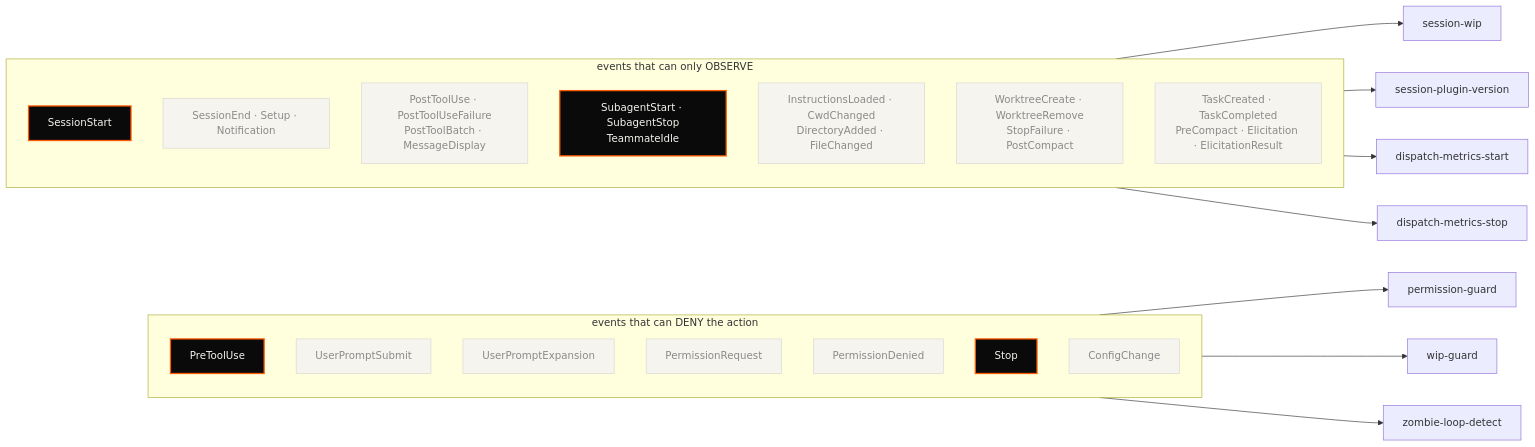
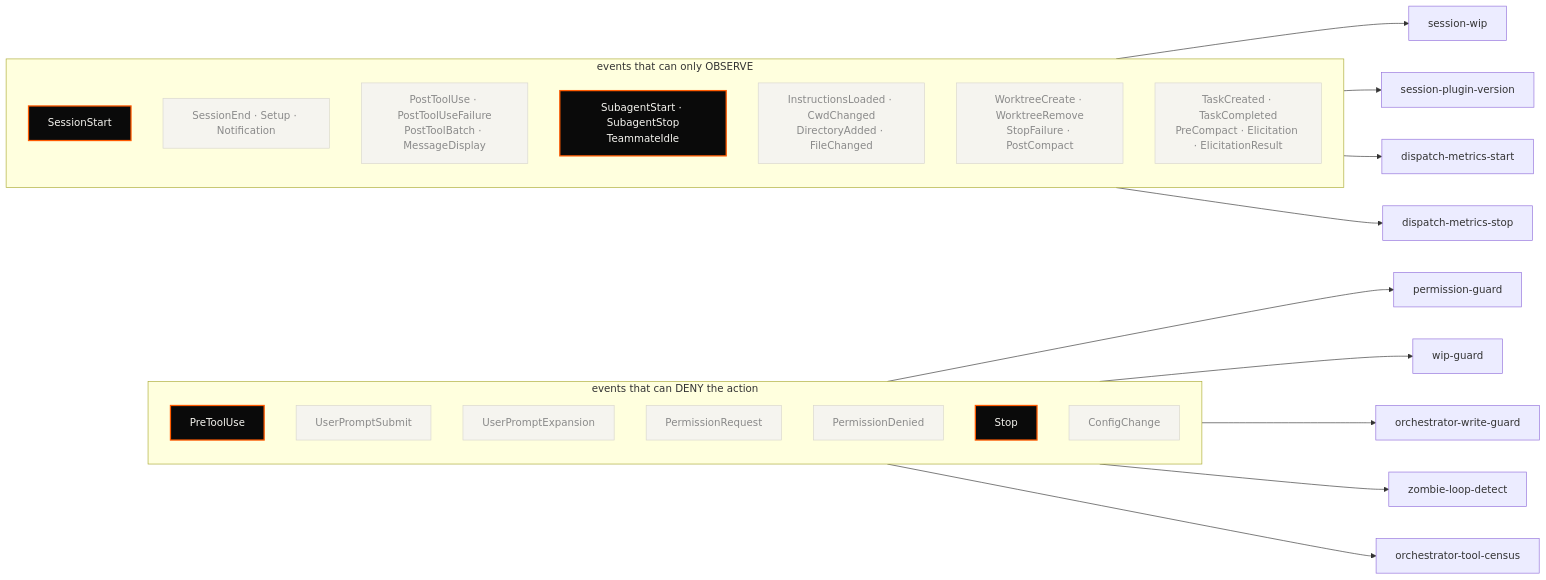
The fourth of 5 diagrams in README.md (tedeuxx/tadeumendonca-skills), drawn with Mermaid before and after one commit. The commit also changed other lines of this file and 9 other files, not shown here.

First line of the commit message:
feat(hooks): the orchestrator does not edit a repository directly — one deny, one census

````diff
--- a/README.md
+++ b/README.md
@@ -850,45 +850,49 @@
 ```mermaid
 flowchart LR
   classDef used fill:#0A0A0A,color:#F5F4EF,stroke:#FF5A00,stroke-width:2px
   classDef idle fill:#F5F4EF,color:#8A8A8A,stroke:#D8D6CE
 
   subgraph BLOCK["events that can DENY the action"]
     direction TB
     E1["PreToolUse"]
     E2["UserPromptSubmit"]:::idle
     E3["UserPromptExpansion"]:::idle
     E4["PermissionRequest"]:::idle
     E5["PermissionDenied"]:::idle
     E6["Stop"]
     E7["ConfigChange"]:::idle
   end
 
   subgraph OBS["events that can only OBSERVE"]
     direction TB
     O1["SessionStart"]
     O2["SessionEnd · Setup · Notification"]:::idle
     O3["PostToolUse · PostToolUseFailure<br/>PostToolBatch · MessageDisplay"]:::idle
     O4["SubagentStart · SubagentStop<br/>TeammateIdle"]:::idle
     O5["InstructionsLoaded · CwdChanged<br/>DirectoryAdded · FileChanged"]:::idle
     O6["WorktreeCreate · WorktreeRemove<br/>StopFailure · PostCompact"]:::idle
     O7["TaskCreated · TaskCompleted<br/>PreCompact · Elicitation · ElicitationResult"]:::idle
   end
 
   H1["permission-guard"]
   H2["wip-guard"]
   H3["session-wip"]
   H4["session-plugin-version"]
   H5["dispatch-metrics-start"]
   H6["dispatch-metrics-stop"]
   H7["zombie-loop-detect"]
+  H8["orchestrator-write-guard"]
+  H9["orchestrator-tool-census"]
 
   E1 --> H1
   E1 --> H2
+  E1 --> H8
   O1 --> H3
   O1 --> H4
   O4 --> H5
   O4 --> H6
   E6 --> H7
+  E6 --> H9
 
   class E1,O1,O4,E6 used
 ```
````
